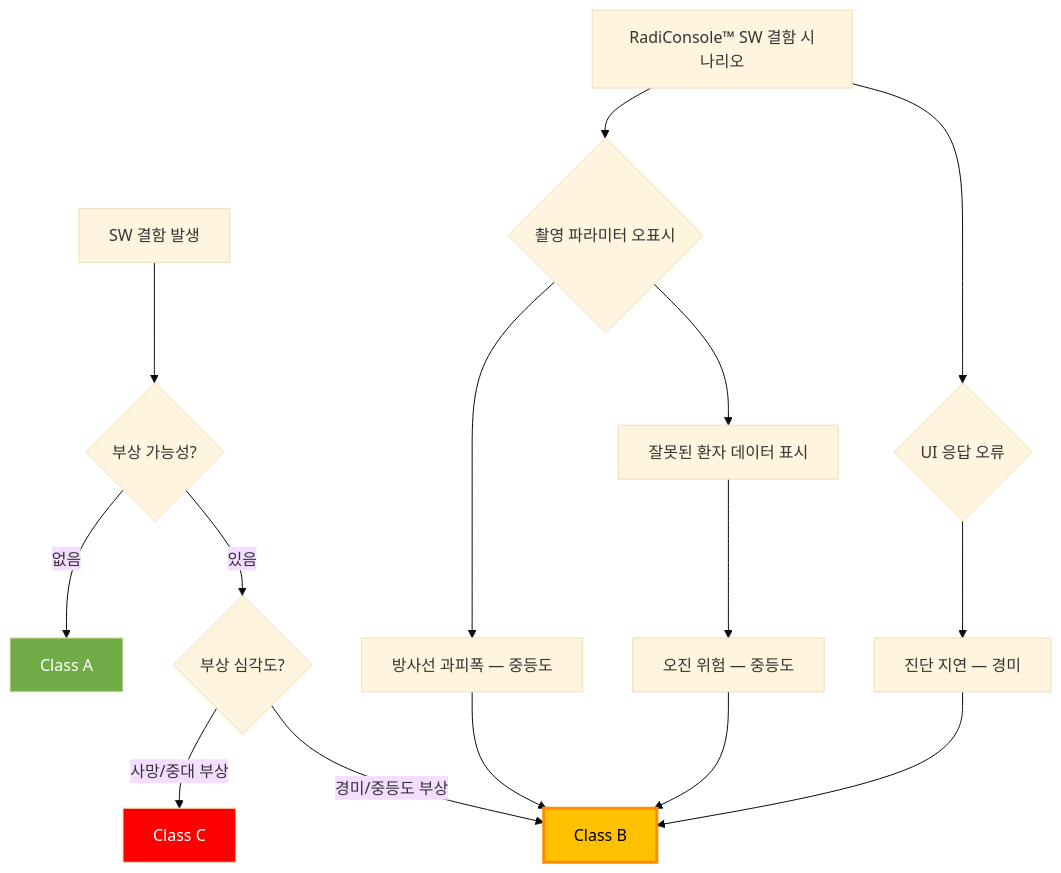
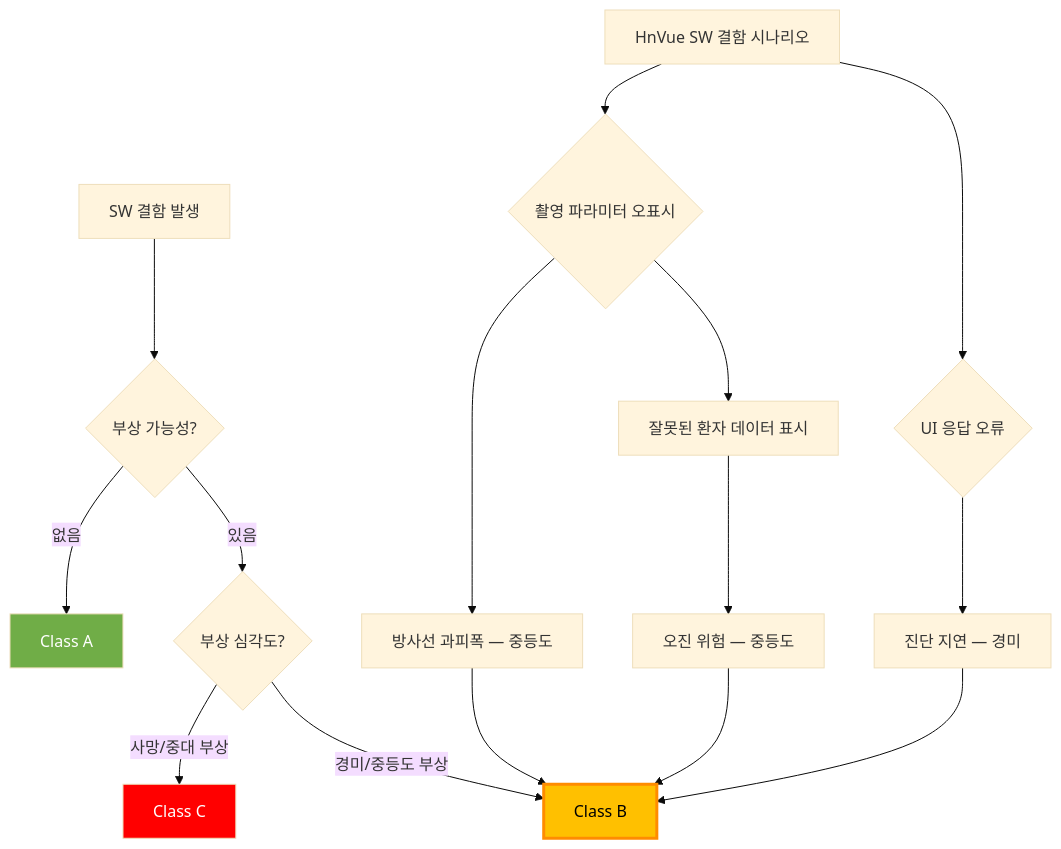
The third of 13 diagrams in docs/management/DOC-003_SW_Development_Guideline_v1.0.md (holee9/console-gui), drawn with Mermaid (base theme) before and after one commit. The commit also changed other lines of this file and 34 other files, not shown here.

First line of the commit message:
fix: RadiConsole → HnVue 전체 일괄 변경 (35개 파일, 300건+)

````diff
--- a/docs/management/DOC-003_SW_Development_Guideline_v1.0.md
+++ b/docs/management/DOC-003_SW_Development_Guideline_v1.0.md
@@ -304,24 +304,24 @@
 ```mermaid
 flowchart TD
     A[SW 결함 발생] --> B{부상 가능성?}
     B -->|없음| C[Class A]
     B -->|있음| D{부상 심각도?}
     D -->|사망/중대 부상| E[Class C]
     D -->|경미/중등도 부상| F[Class B]
     
-    G[RadiConsole™ SW 결함 시나리오] --> H{촬영 파라미터 오표시}
+    G[HnVue SW 결함 시나리오] --> H{촬영 파라미터 오표시}
     H --> I[방사선 과피폭 — 중등도]
     H --> J[잘못된 환자 데이터 표시]
     J --> K[오진 위험 — 중등도]
     G --> L{UI 응답 오류}
     L --> M[진단 지연 — 경미]
     
     I --> F
     K --> F
     M --> F
     
     style C fill:#70AD47,color:#fff
     style F fill:#FFC000,color:#000
     style E fill:#FF0000,color:#fff
     style F stroke:#FF8C00,stroke-width:3px
 ```
````
